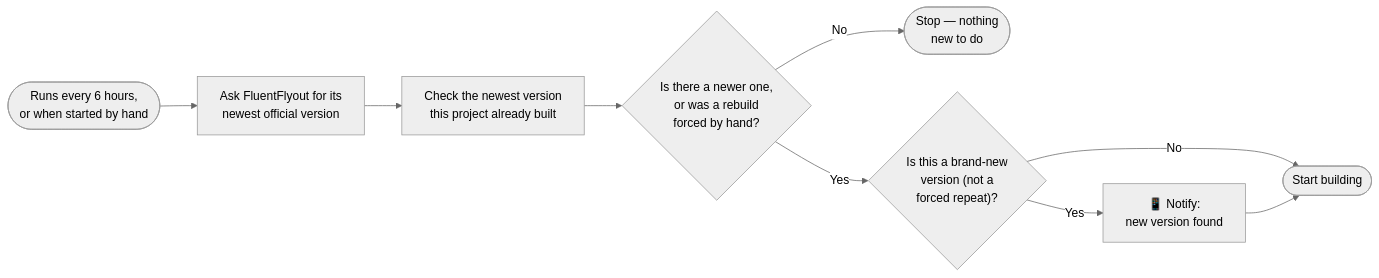
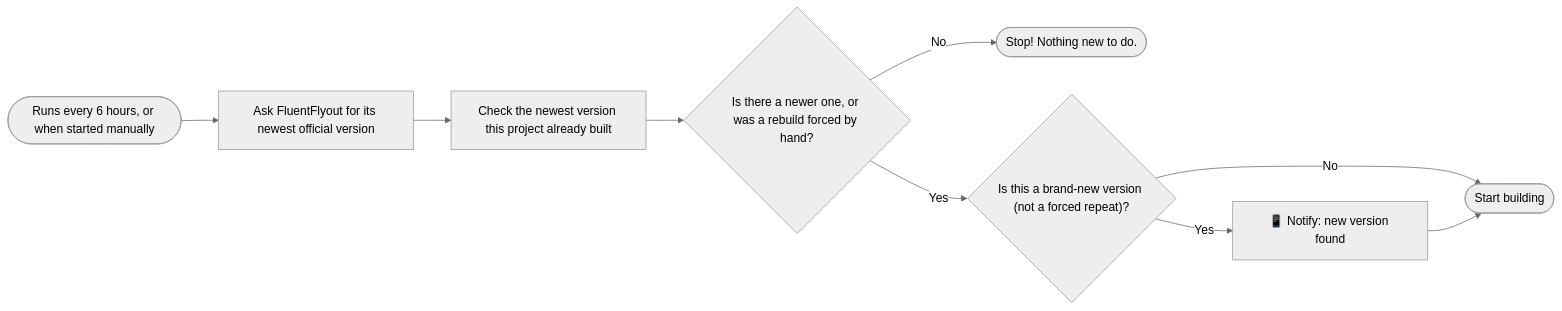
The first of 8 diagrams in docs/FluentFlyout Unofficial Publication Script Pipeline Flowchart.md (tanzim2000/fluentflyout-unofficial), drawn with Mermaid (neutral theme) before and after one commit. The commit also changed other lines of this file, not shown here.

````diff
--- a/docs/FluentFlyout Unofficial Publication Script Pipeline Flowchart.md
+++ b/docs/FluentFlyout Unofficial Publication Script Pipeline Flowchart.md
@@ -11,11 +11,11 @@
 ```mermaid
 flowchart LR
-    A(["Runs every 6 hours,<br/>or when started by hand"]) --> B["Ask FluentFlyout for its<br/>newest official version"]
-    B --> C["Check the newest version<br/>this project already built"]
-    C --> D{"Is there a newer one,<br/>or was a rebuild<br/>forced by hand?"}
-    D -- "No" --> Stop(["Stop — nothing<br/>new to do"])
-    D -- "Yes" --> E{"Is this a brand-new<br/>version (not a<br/>forced repeat)?"}
-    E -- "Yes" --> F["📱 Notify:<br/>new version found"]
+    A(["Runs every 6 hours, or when started manually"]) --> B["Ask FluentFlyout for its newest official version"]
+    B --> C["Check the newest version this project already built"]
+    C --> D{"Is there a newer one, or was a rebuild forced by hand?"}
+    D -- "No" --> Stop(["Stop! Nothing new to do."])
+    D -- "Yes" --> E{"Is this a brand-new version (not a forced repeat)?"}
+    E -- "Yes" --> F["📱 Notify: new version found"]
     E -- "No" --> G
     F --> G(["Start building"])
 ```
````
